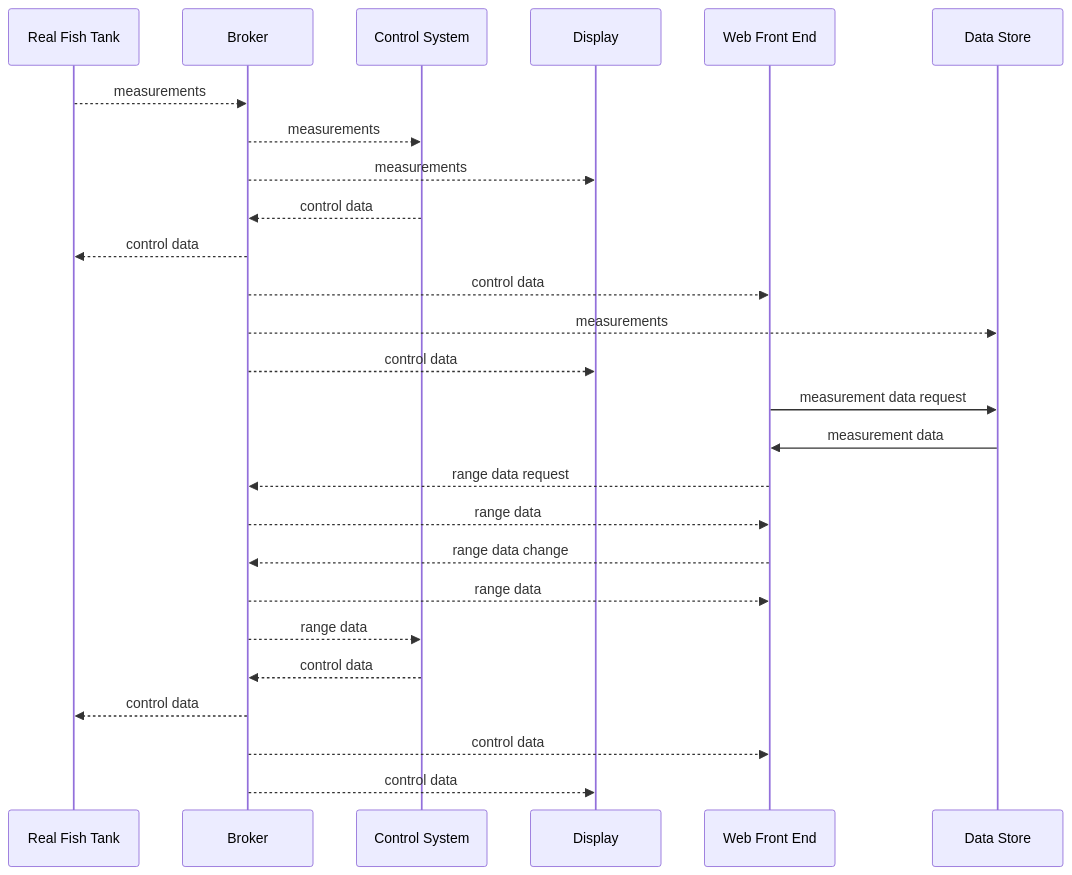
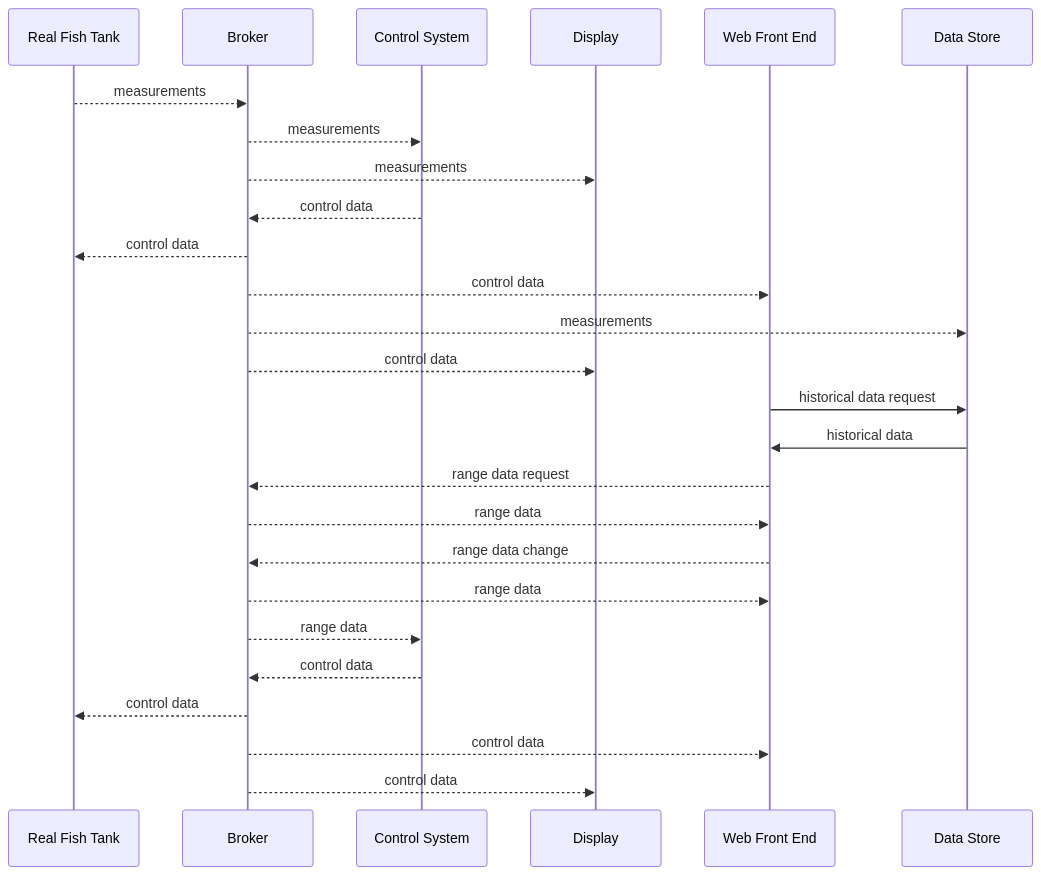
Before and after one commit to mr-eggleton/obsidian-notes: the first of 2 diagrams in Projects - Demo Project/Ideas around MQTT.md, drawn with Mermaid. The commit also changed other lines of this file and 2 other files, not shown here.

````diff
--- a/Projects - Demo Project/Ideas around MQTT.md
+++ b/Projects - Demo Project/Ideas around MQTT.md
@@ -3,22 +3,22 @@
 ```mermaid
 sequenceDiagram
 Real Fish Tank -->> Broker: measurements
 Broker-->>Control System : measurements
 Broker-->>Display : measurements
 Control System-->>Broker : control data
 Broker-->>Real Fish Tank: control data
 Broker-->>Web Front End: control data
 Broker-->>Data Store: measurements
 Broker-->>Display: control data
-Web Front End->>Data Store: measurement data request
-Data Store->>Web Front End: measurement data
+Web Front End->>Data Store: historical data request
+Data Store->>Web Front End: historical data
 Web Front End-->>Broker: range data request
 Broker-->>Web Front End: range data
 Web Front End-->>Broker: range data change
 Broker-->>Web Front End: range data
 Broker-->>Control System : range data
 Control System-->>Broker : control data
 Broker-->>Real Fish Tank: control data
 Broker-->>Web Front End: control data
 Broker-->>Display: control data
 ```
````
